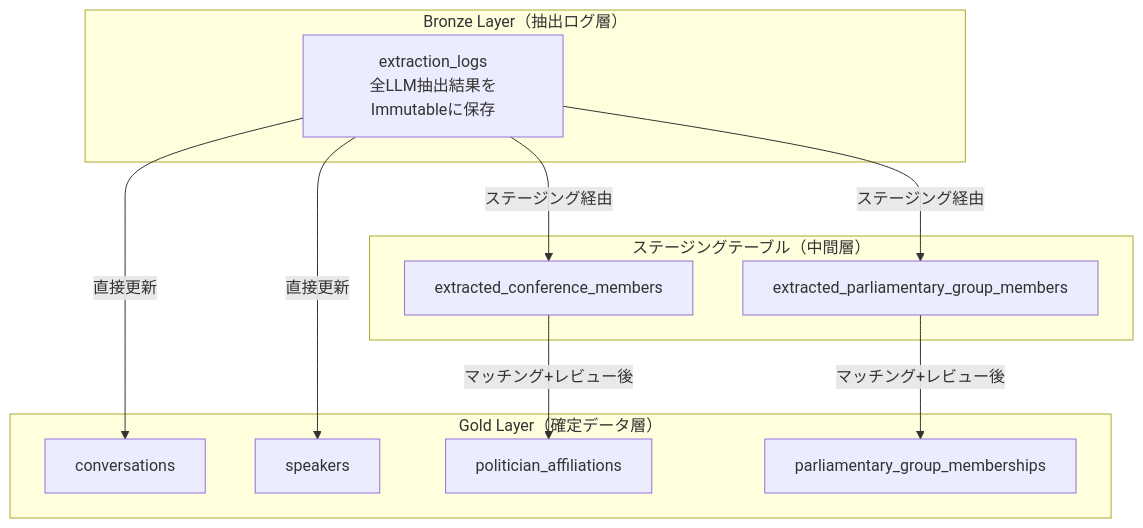
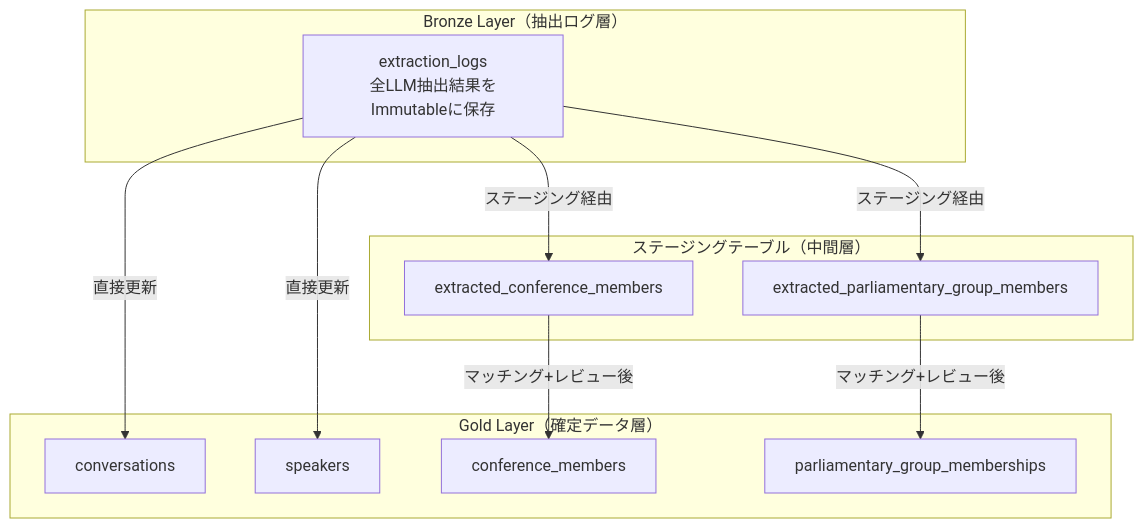
Before and after one commit to sage-base/corporation-docs: the second of 2 diagrams in docs/development/llm-processing/index.md, drawn with Mermaid. The commit also changed other lines of this file and 7 other files, not shown here.

````diff
--- a/docs/development/llm-processing/index.md
+++ b/docs/development/llm-processing/index.md
@@ -89,25 +89,25 @@
 ```mermaid
 graph TD
     subgraph Bronze["Bronze Layer（抽出ログ層）"]
         EL["extraction_logs<br/>全LLM抽出結果をImmutableに保存"]
     end
 
     subgraph Staging["ステージングテーブル（中間層）"]
         ECM[extracted_conference_members]
         EPGM[extracted_parliamentary_group_members]
     end
 
     subgraph Gold["Gold Layer（確定データ層）"]
         C[conversations]
         S[speakers]
-        PA[politician_affiliations]
+        PA[conference_members]
         PGM[parliamentary_group_memberships]
     end
 
     EL -->|直接更新| C
     EL -->|直接更新| S
     EL -->|ステージング経由| ECM
     EL -->|ステージング経由| EPGM
     ECM -->|マッチング+レビュー後| PA
     EPGM -->|マッチング+レビュー後| PGM
 ```
````
